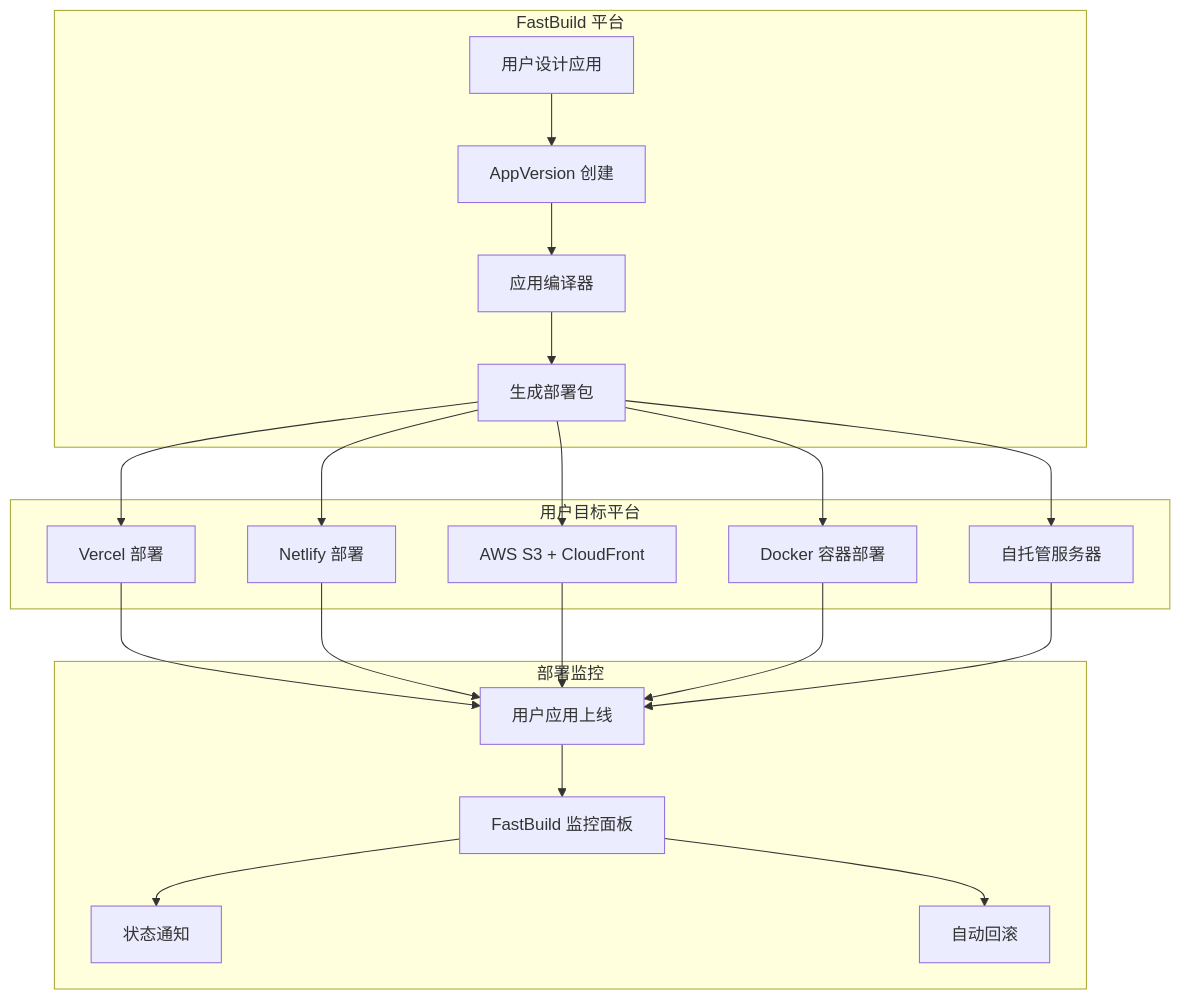
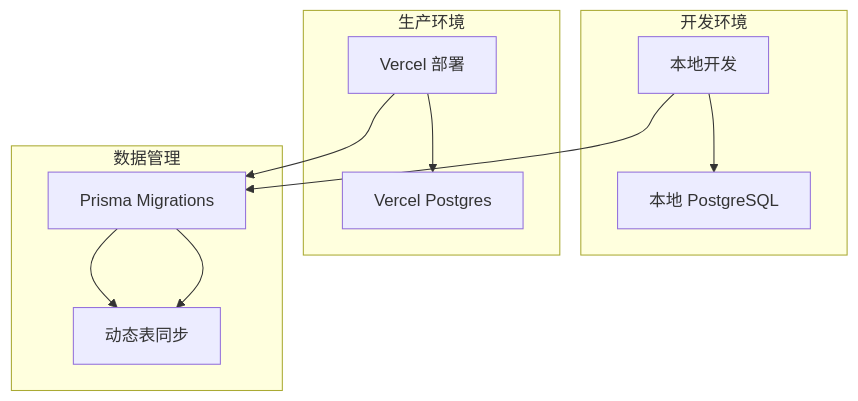
One commit to bobo522487/fastbuild changed diagram 13 of 13 in docs/solution-architecture.md. Above: the diagram before and after it, drawn with Mermaid. The commit also changed other lines of this file and 58 other files, not shown here.

````diff
--- a/docs/solution-architecture.md
+++ b/docs/solution-architecture.md
@@ -798,28 +3883,18 @@
 ```mermaid
 graph TD
-    subgraph "FastBuild 平台"
-        A[用户设计应用] --> B[AppVersion 创建]
-        B --> C[应用编译器]
-        C --> D[生成部署包]
+    subgraph "开发环境"
+        A[本地开发] --> B[本地 PostgreSQL]
     end
 
-    subgraph "用户目标平台"
-        D --> E[Vercel 部署]
-        D --> F[Netlify 部署]
-        D --> G[AWS S3 + CloudFront]
-        D --> H[Docker 容器部署]
-        D --> I[自托管服务器]
+    subgraph "生产环境"
+        C[Vercel 部署] --> D[Vercel Postgres]
     end
 
-    E --> J[用户应用上线]
-    F --> J
-    G --> J
-    H --> J
-    I --> J
+    subgraph "数据管理"
+        E[Prisma Migrations] --> F[动态表同步]
+    end
 
-    subgraph "部署监控"
-        J --> K[FastBuild 监控面板]
-        K --> L[状态通知]
-        K --> M[自动回滚]
-    end
+    A --> E
+    C --> E
+    E --> F
 ```
````
